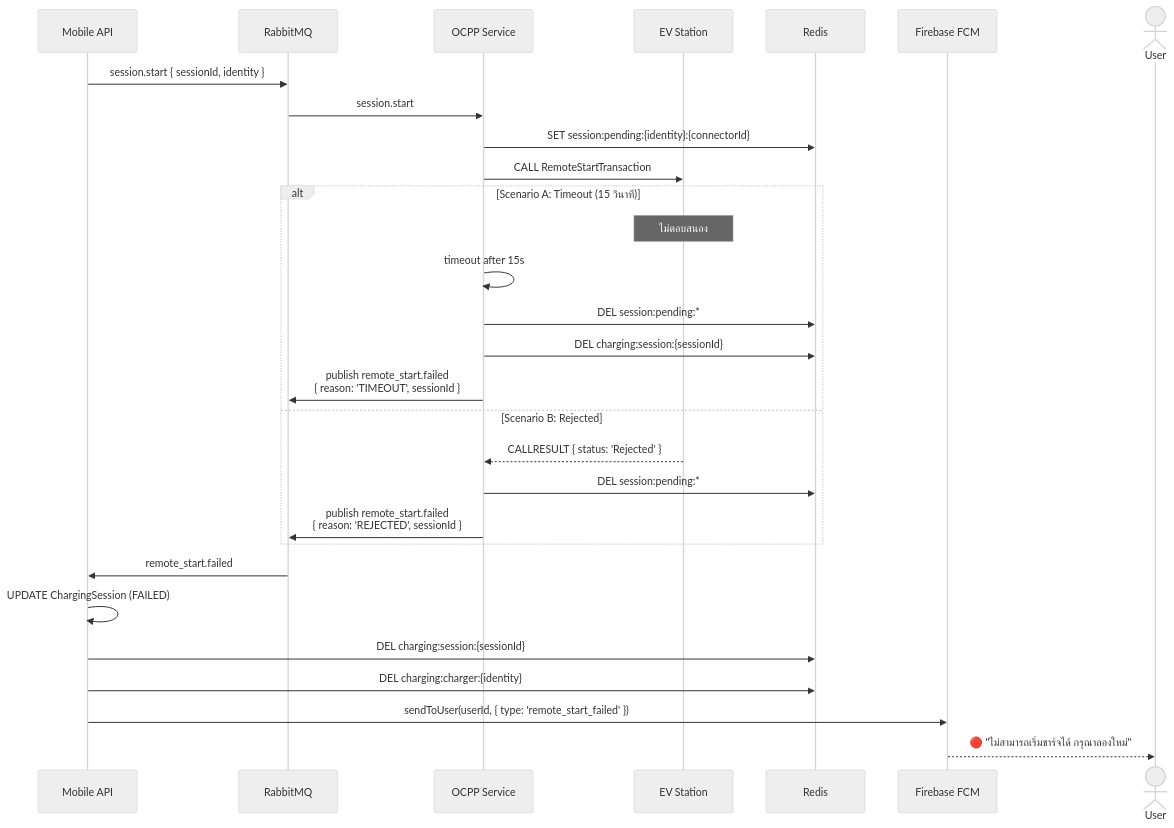
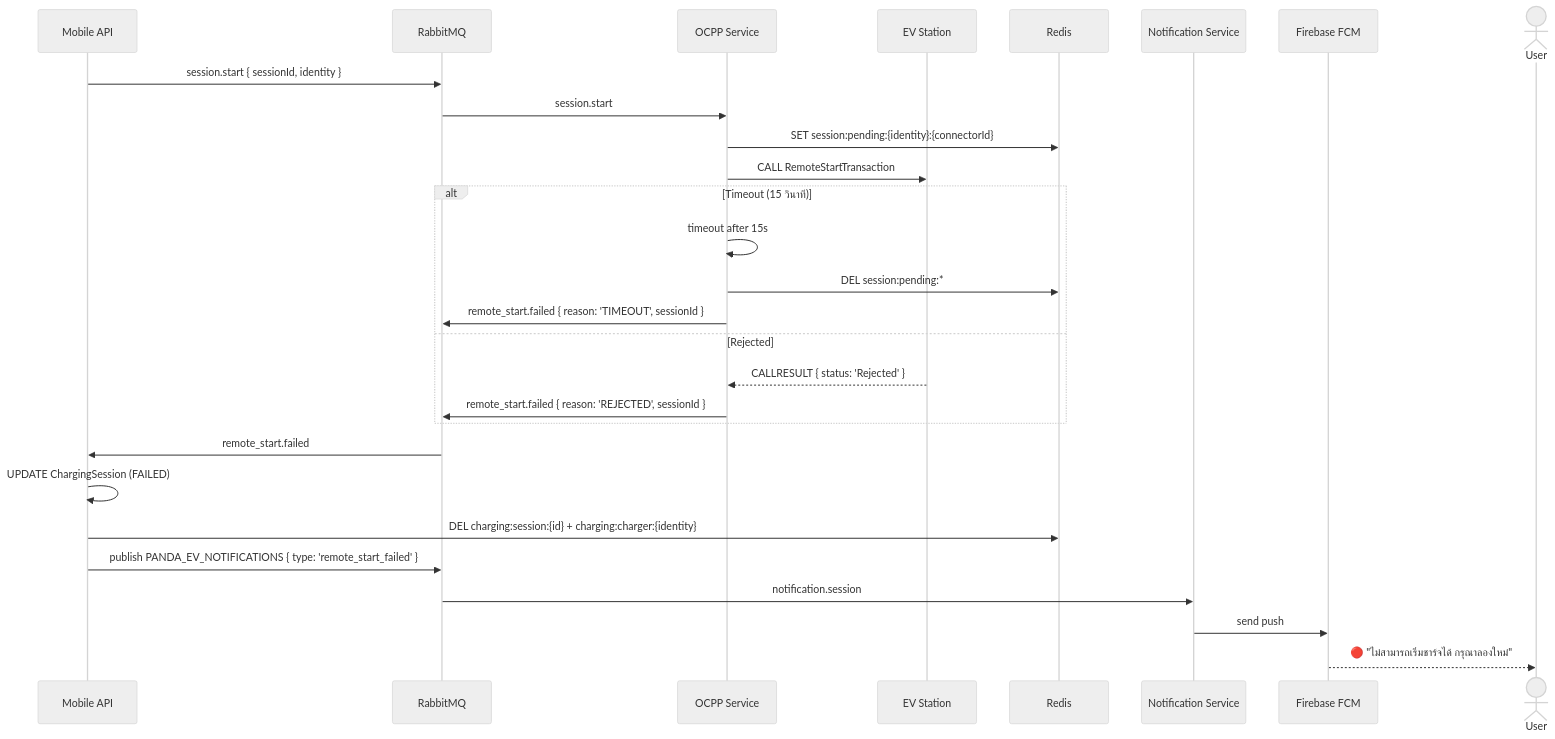
The eighth of 8 diagrams in docs/ev-charging-architecture.md (kothsada/ev-charge-my-projects), drawn with Mermaid (neutral theme) before and after one commit. The commit also changed other lines of this file and 49 other files, not shown here.

````diff
--- a/docs/ev-charging-architecture.md
+++ b/docs/ev-charging-architecture.md
@@ -615,34 +701,33 @@
 ```mermaid
 sequenceDiagram
     participant Mobile as Mobile API
     participant MQ as RabbitMQ
     participant OCPP as OCPP Service
     participant Station as EV Station
     participant Redis as Redis
+    participant Notif as Notification Service
     participant FCM as Firebase FCM
     actor User
 
     Mobile->>MQ: session.start { sessionId, identity }
     MQ->>OCPP: session.start
     OCPP->>Redis: SET session:pending:{identity}:{connectorId}
     OCPP->>Station: CALL RemoteStartTransaction
 
-    alt Scenario A: Timeout (15 วินาที)
-        Note over Station: ไม่ตอบสนอง
+    alt Timeout (15 วินาที)
         OCPP->>OCPP: timeout after 15s
         OCPP->>Redis: DEL session:pending:*
-        OCPP->>Redis: DEL charging:session:{sessionId}
-        OCPP->>MQ: publish remote_start.failed<br/>{ reason: 'TIMEOUT', sessionId }
-    else Scenario B: Rejected
+        OCPP->>MQ: remote_start.failed { reason: 'TIMEOUT', sessionId }
+    else Rejected
         Station-->>OCPP: CALLRESULT { status: 'Rejected' }
-        OCPP->>Redis: DEL session:pending:*
-        OCPP->>MQ: publish remote_start.failed<br/>{ reason: 'REJECTED', sessionId }
+        OCPP->>MQ: remote_start.failed { reason: 'REJECTED', sessionId }
     end
 
     MQ->>Mobile: remote_start.failed
     Mobile->>Mobile: UPDATE ChargingSession (FAILED)
-    Mobile->>Redis: DEL charging:session:{sessionId}
-    Mobile->>Redis: DEL charging:charger:{identity}
-    Mobile->>FCM: sendToUser(userId, { type: 'remote_start_failed' })
+    Mobile->>Redis: DEL charging:session:{id} + charging:charger:{identity}
+    Mobile->>MQ: publish PANDA_EV_NOTIFICATIONS { type: 'remote_start_failed' }
+    MQ->>Notif: notification.session
+    Notif->>FCM: send push
     FCM-->>User: 🔴 "ไม่สามารถเริ่มชาร์จได้ กรุณาลองใหม่"
 ```
````
